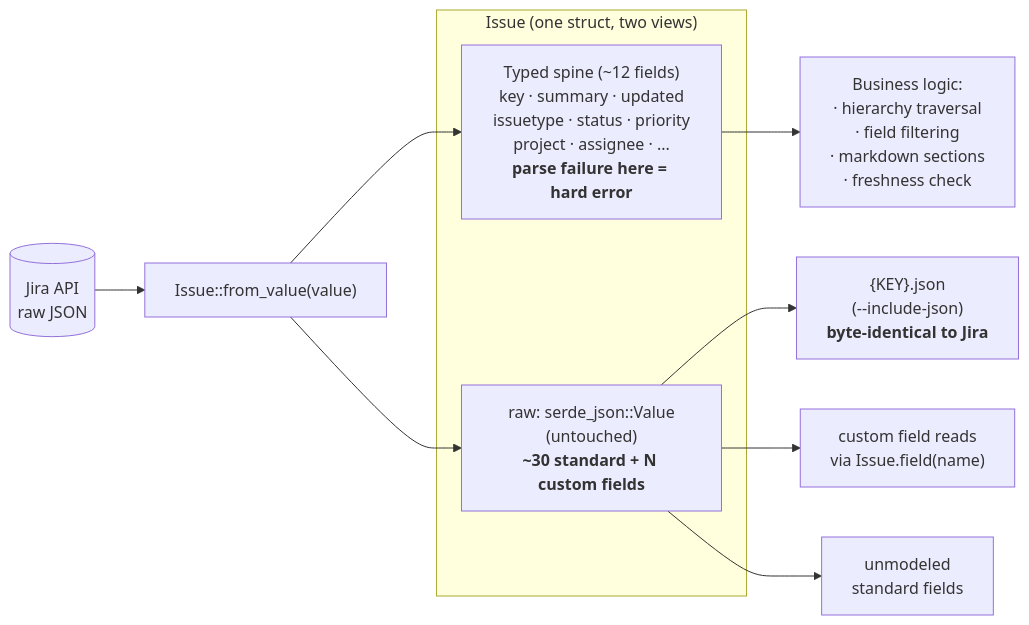
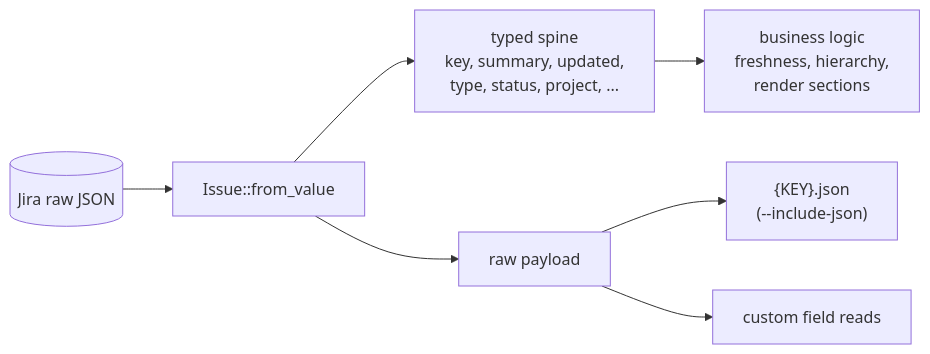
The eighth of 9 diagrams in docs/architecture.md (dchuk/jarkdown-rs), drawn with Mermaid before and after one commit. The commit also changed other lines of this file and 3 other files, not shown here.

Commit message:
docs: refresh 1.7 architecture and manifest docs

````diff
--- a/docs/architecture.md
+++ b/docs/architecture.md
@@ -351,21 +385,9 @@
 ```mermaid
 flowchart LR
-    JIRA[(Jira API<br/>raw JSON)]
-    PARSE["Issue::from_value(value)"]
-
-    JIRA --> PARSE
-
-    subgraph issue["Issue (one struct, two views)"]
-        TYPED["Typed spine (~12 fields)<br/>key · summary · updated<br/>issuetype · status · priority<br/>project · assignee · ...<br/><b>parse failure here = hard error</b>"]
-        RAW["raw: serde_json::Value<br/>(untouched)<br/><b>~30 standard + N custom fields</b>"]
-    end
-
-    PARSE --> TYPED
-    PARSE --> RAW
-
-    TYPED --> LOGIC["Business logic:<br/>· hierarchy traversal<br/>· field filtering<br/>· markdown sections<br/>· freshness check"]
-
-    RAW --> JSONOUT["{KEY}.json<br/>(--include-json)<br/><b>byte-identical to Jira</b>"]
-    RAW --> CF["custom field reads<br/>via Issue.field(name)"]
-    RAW --> CHILD["unmodeled<br/>standard fields"]
+    JIRA[(Jira raw JSON)] --> PARSE["Issue::from_value"]
+    PARSE --> TYPED["typed spine<br/>key, summary, updated,<br/>type, status, project, ..."]
+    PARSE --> RAW["raw payload"]
+    TYPED --> LOGIC["business logic<br/>freshness, hierarchy,<br/>render sections"]
+    RAW --> JSON["{KEY}.json<br/>(--include-json)"]
+    RAW --> CUSTOM["custom field reads"]
 ```
````
